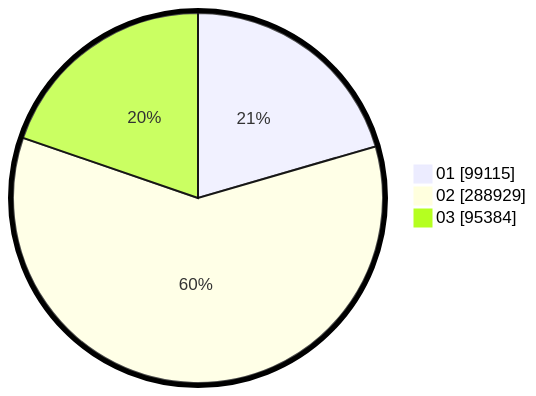
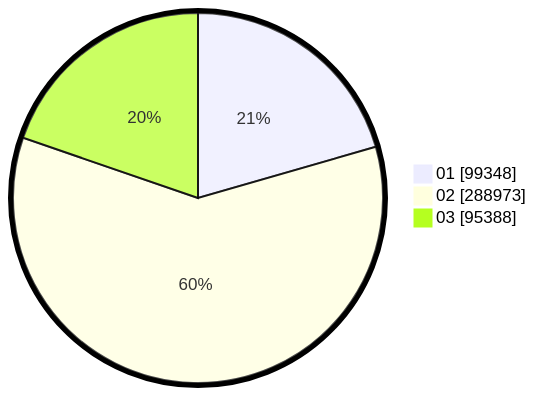
The second of 2 diagrams in pilpres/hitung-suara/sub/table-wilayah-99.md (gigit-pemilu/pemilu-2024), drawn with Mermaid before and after one commit. The commit also changed other lines of this file and 10 other files, not shown here.

````diff
--- a/pilpres/hitung-suara/sub/table-wilayah-99.md
+++ b/pilpres/hitung-suara/sub/table-wilayah-99.md
@@ -15,7 +15,7 @@
 ```mermaid
 %%{init: {"pie": {"textPosition": 0.5}, "themeVariables": {"pieOuterStrokeWidth": "5px"}} }%%
 pie showData
-    "01" : 99115
-    "02" : 288929
-    "03" : 95384
+    "01" : 99348
+    "02" : 288973
+    "03" : 95388
 ```
````
